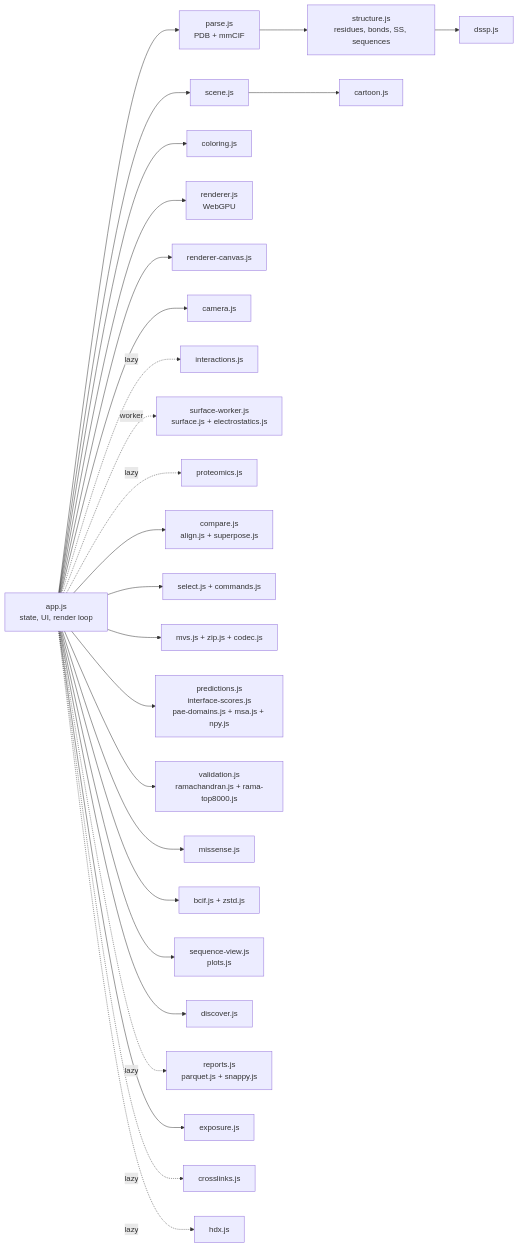
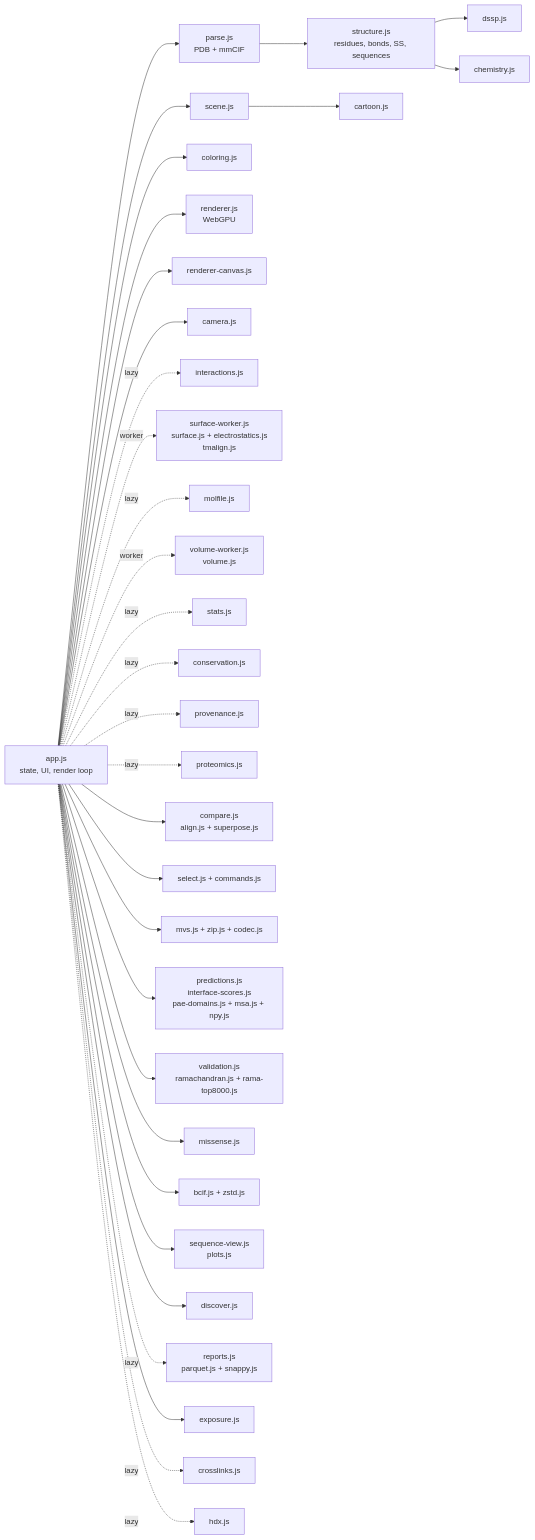
The second of 3 diagrams in proteoscope-spec/design.md (robert-mcdermott/proteoscope), drawn with Mermaid before and after one commit. The commit also changed other lines of this file and 76 other files, not shown here.

First line of the commit message:
Add density maps, ligand chemistry, docking, statistics and validation

````diff
--- a/proteoscope-spec/design.md
+++ b/proteoscope-spec/design.md
@@ -62,52 +64,64 @@
 ```mermaid
 graph LR
     App[app.js<br/>state, UI, render loop]
     Parse[parse.js<br/>PDB + mmCIF]
     Structure[structure.js<br/>residues, bonds, SS, sequences]
     DSSP[dssp.js]
     Cartoon[cartoon.js]
     Scene[scene.js]
     Color[coloring.js]
     Renderer[renderer.js<br/>WebGPU]
     Canvas[renderer-canvas.js]
     Camera[camera.js]
     Interactions[interactions.js]
-    Surface[surface-worker.js<br/>surface.js + electrostatics.js]
+    Surface[surface-worker.js<br/>surface.js + electrostatics.js<br/>tmalign.js]
+    Chem[chemistry.js]
+    Molfile[molfile.js]
+    Maps[volume-worker.js<br/>volume.js]
+    Stats[stats.js]
+    Conserve[conservation.js]
+    Cite[provenance.js]
     Proteomics[proteomics.js]
     Compare[compare.js<br/>align.js + superpose.js]
     Select[select.js + commands.js]
     Share[mvs.js + zip.js + codec.js]
     Predict[predictions.js<br/>interface-scores.js<br/>pae-domains.js + msa.js + npy.js]
     Validate[validation.js<br/>ramachandran.js + rama-top8000.js]
     Variants[missense.js]
     Formats[bcif.js + zstd.js]
     Views[sequence-view.js<br/>plots.js]
     Discover[discover.js]
     Reports[reports.js<br/>parquet.js + snappy.js]
     Context[exposure.js]
     XL[crosslinks.js]
     HDX[hdx.js]
 
     App --> Parse --> Structure --> DSSP
+    Structure --> Chem
     App --> Scene --> Cartoon
     App --> Color
     App --> Renderer
     App --> Canvas
     App --> Camera
     App -. lazy .-> Interactions
     App -. worker .-> Surface
     App -. lazy .-> Proteomics
     App --> Compare
     App --> Select
     App --> Share
     App --> Predict
     App --> Validate
     App --> Variants
     App --> Formats
     App --> Views
     App --> Discover
     App --> Context
     App -. lazy .-> Reports
     App -. lazy .-> XL
     App -. lazy .-> HDX
+    App -. lazy .-> Molfile
+    App -. worker .-> Maps
+    App -. lazy .-> Stats
+    App -. lazy .-> Conserve
+    App -. lazy .-> Cite
 ```
````
